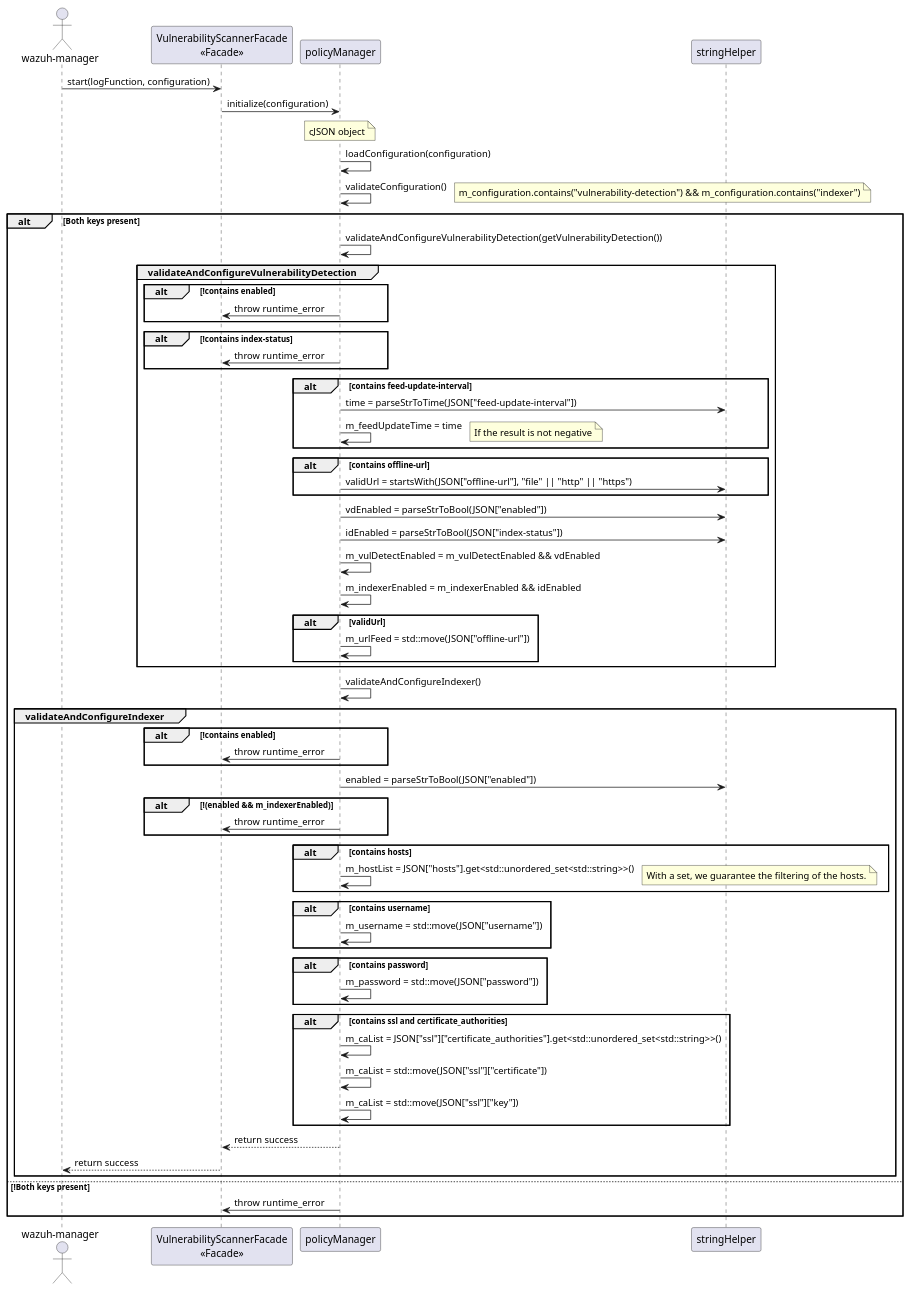
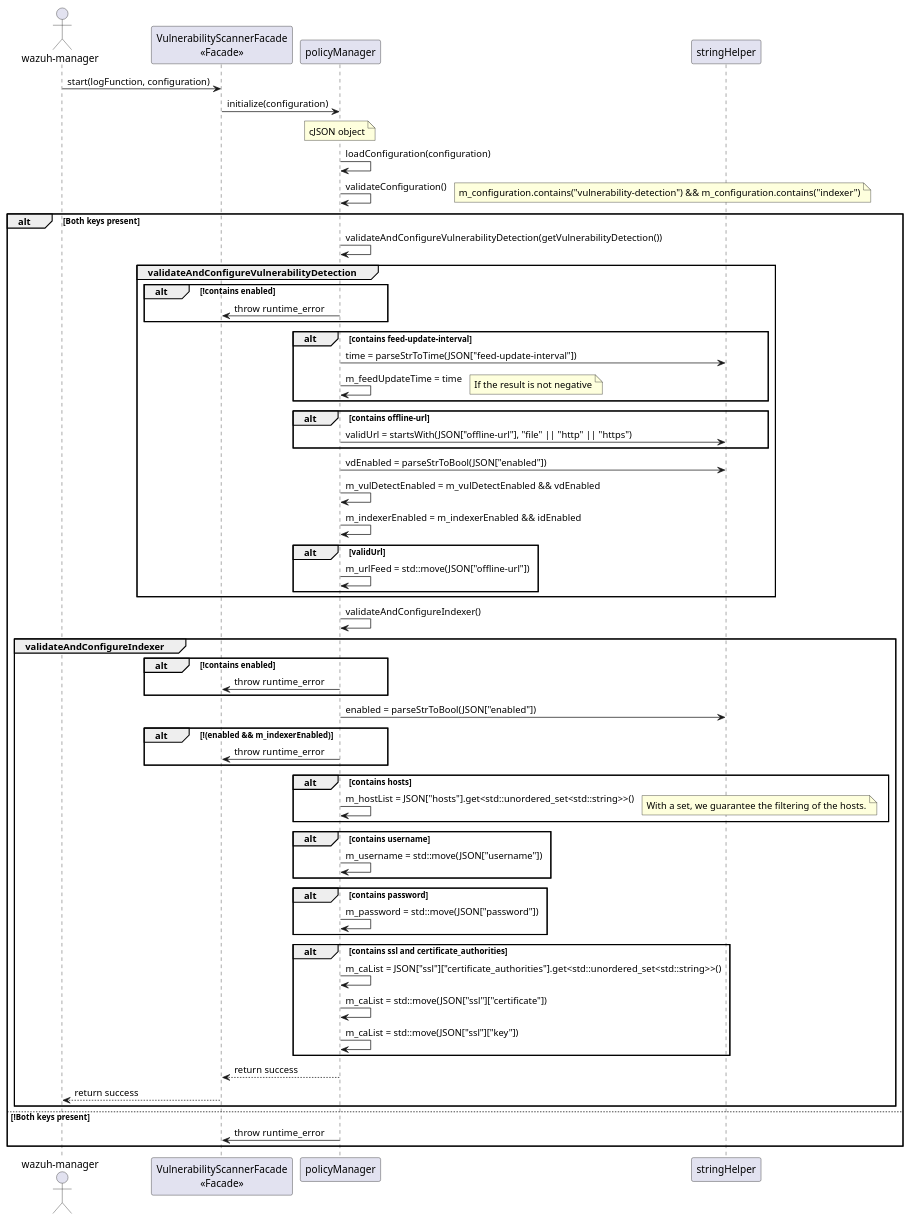
Before and after one commit to wazuh/wazuh: the diagram in architecture/vulnerability-scanner/policyManager/001-sequence-config-validation.puml, drawn with PlantUML. The commit also changed 59 other files, not shown here.

Commit message:
Deprecate enabled and index-status options for indexer and vulnerability detector respectively

```diff
--- a/architecture/vulnerability-scanner/policyManager/001-sequence-config-validation.puml
+++ b/architecture/vulnerability-scanner/policyManager/001-sequence-config-validation.puml
@@ -5,77 +5,73 @@
 @startuml vd-validation-of-configuration
 
 actor "wazuh-manager" as manager
 participant "VulnerabilityScannerFacade\n<<Facade>>" as vdFacade
 participant "policyManager" as polManager
 participant "stringHelper" as strHelp
 
 manager -> vdFacade: start(logFunction, configuration)
 vdFacade -> polManager: initialize(configuration)
 note over polManager
     cJSON object
 end note
 polManager -> polManager: loadConfiguration(configuration)
 polManager -> polManager: validateConfiguration()
 alt Both keys present
 note right
     m_configuration.contains("vulnerability-detection") && m_configuration.contains("indexer")
 end note
 polManager -> polManager: validateAndConfigureVulnerabilityDetection(getVulnerabilityDetection())
 group validateAndConfigureVulnerabilityDetection
 alt !contains enabled
 polManager -> vdFacade: throw runtime_error
 end
-alt !contains index-status
-polManager -> vdFacade: throw runtime_error
-end
 alt contains feed-update-interval
 polManager -> strHelp: time = parseStrToTime(JSON["feed-update-interval"])
 polManager -> polManager: m_feedUpdateTime = time
 note right
     If the result is not negative
 end note
 end
 alt contains offline-url
 polManager -> strHelp: validUrl = startsWith(JSON["offline-url"], "file" || "http" || "https")
 end
 polManager -> strHelp: vdEnabled = parseStrToBool(JSON["enabled"])
-polManager -> strHelp: idEnabled = parseStrToBool(JSON["index-status"])
 polManager -> polManager: m_vulDetectEnabled = m_vulDetectEnabled && vdEnabled
 polManager -> polManager: m_indexerEnabled = m_indexerEnabled && idEnabled
 alt validUrl
 polManager -> polManager: m_urlFeed = std::move(JSON["offline-url"])
 end
 end
 polManager -> polManager: validateAndConfigureIndexer()
 group validateAndConfigureIndexer
 alt !contains enabled
 polManager -> vdFacade: throw runtime_error
 end
 polManager -> strHelp: enabled = parseStrToBool(JSON["enabled"])
 alt !(enabled && m_indexerEnabled)
 polManager -> vdFacade: throw runtime_error
 end
 alt contains hosts
 polManager -> polManager: m_hostList = JSON["hosts"].get<std::unordered_set<std::string>>()
 note right
     With a set, we guarantee the filtering of the hosts.
 end note
 end
 alt contains username
 polManager -> polManager: m_username = std::move(JSON["username"])
 end
 alt contains password
 polManager -> polManager: m_password = std::move(JSON["password"])
 end
 alt contains ssl and certificate_authorities
 polManager -> polManager: m_caList = JSON["ssl"]["certificate_authorities"].get<std::unordered_set<std::string>>()
 polManager -> polManager: m_caList = std::move(JSON["ssl"]["certificate"])
 polManager -> polManager: m_caList = std::move(JSON["ssl"]["key"])
 end
 polManager --> vdFacade: return success
 vdFacade --> manager: return success
 end
 else !Both keys present
 polManager -> vdFacade: throw runtime_error
 end
 @enduml
```
